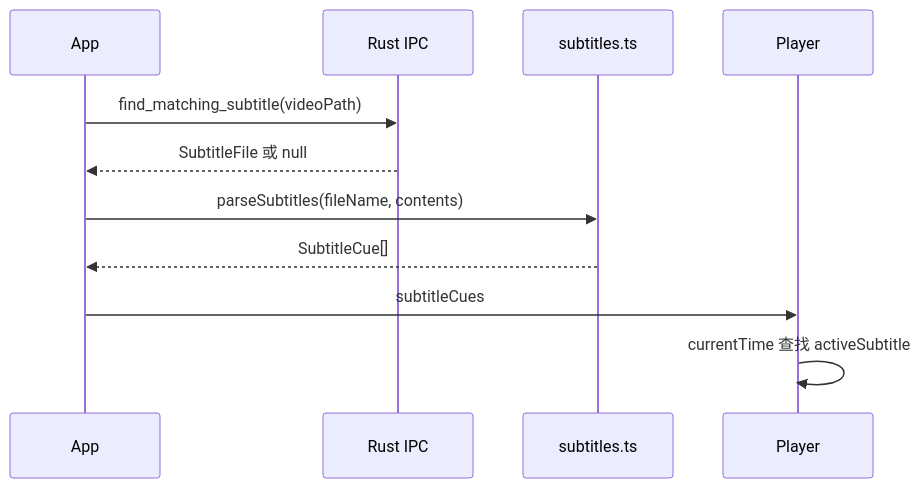
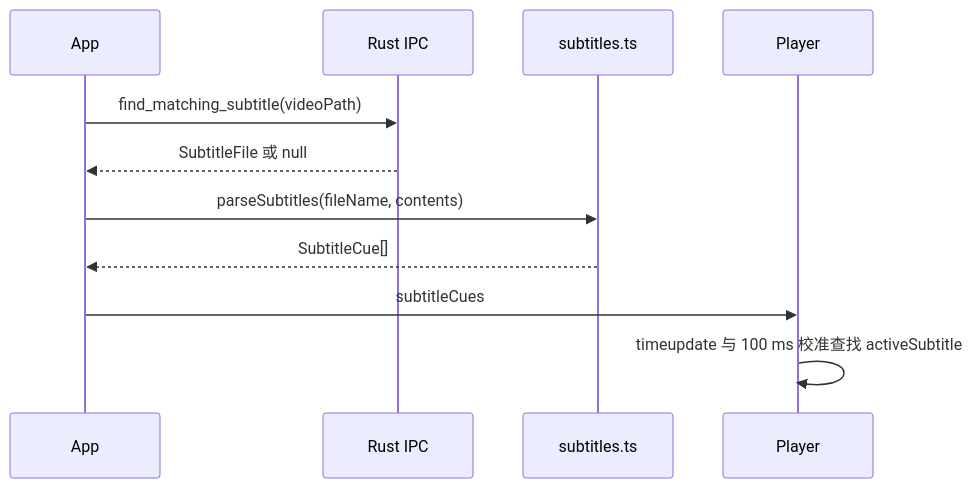
The second of 2 diagrams in docs/TECHNICAL_IMPLEMENTATION.md (chaohsvan/CouchAxis), drawn with Mermaid before and after one commit. The commit also changed other lines of this file and 5 other files, not shown here.

````diff
--- a/docs/TECHNICAL_IMPLEMENTATION.md
+++ b/docs/TECHNICAL_IMPLEMENTATION.md
@@ -342,13 +344,13 @@
 ```mermaid
 sequenceDiagram
     participant App
     participant Rust as Rust IPC
     participant Parser as subtitles.ts
     participant Player
     App->>Rust: find_matching_subtitle(videoPath)
     Rust-->>App: SubtitleFile 或 null
     App->>Parser: parseSubtitles(fileName, contents)
     Parser-->>App: SubtitleCue[]
     App->>Player: subtitleCues
-    Player->>Player: currentTime 查找 activeSubtitle
+    Player->>Player: timeupdate 与 100 ms 校准查找 activeSubtitle
 ```
````
